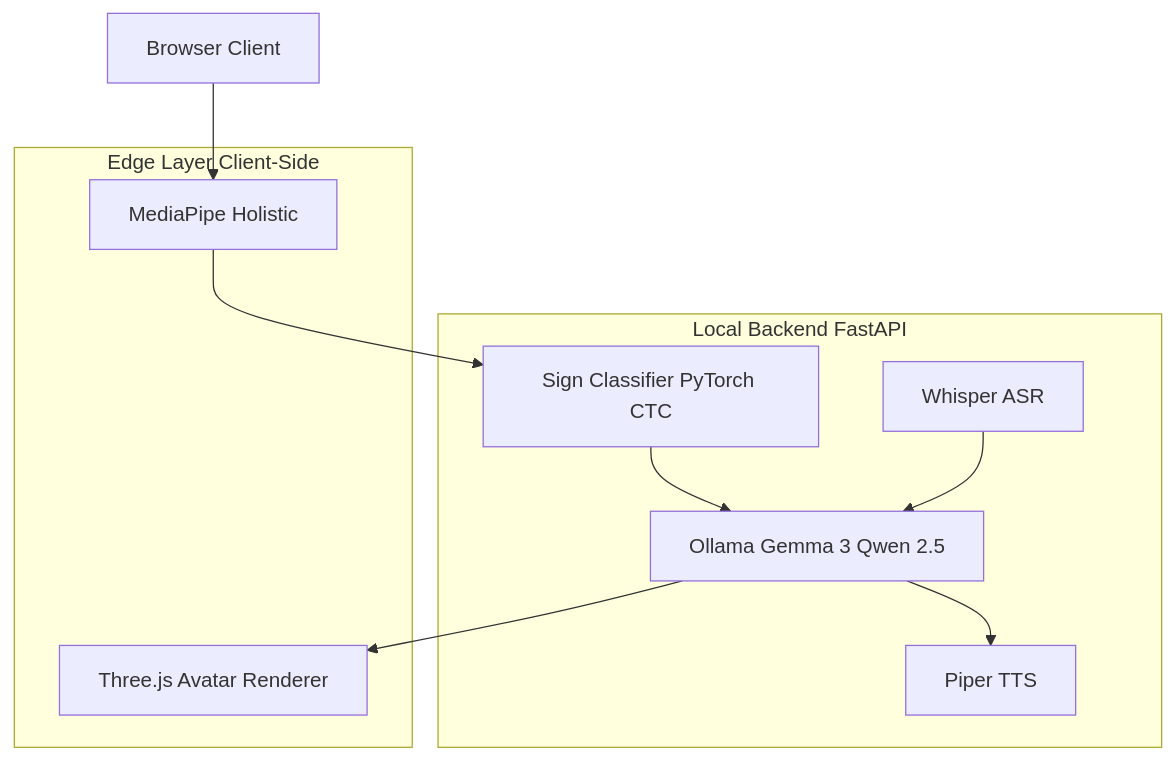
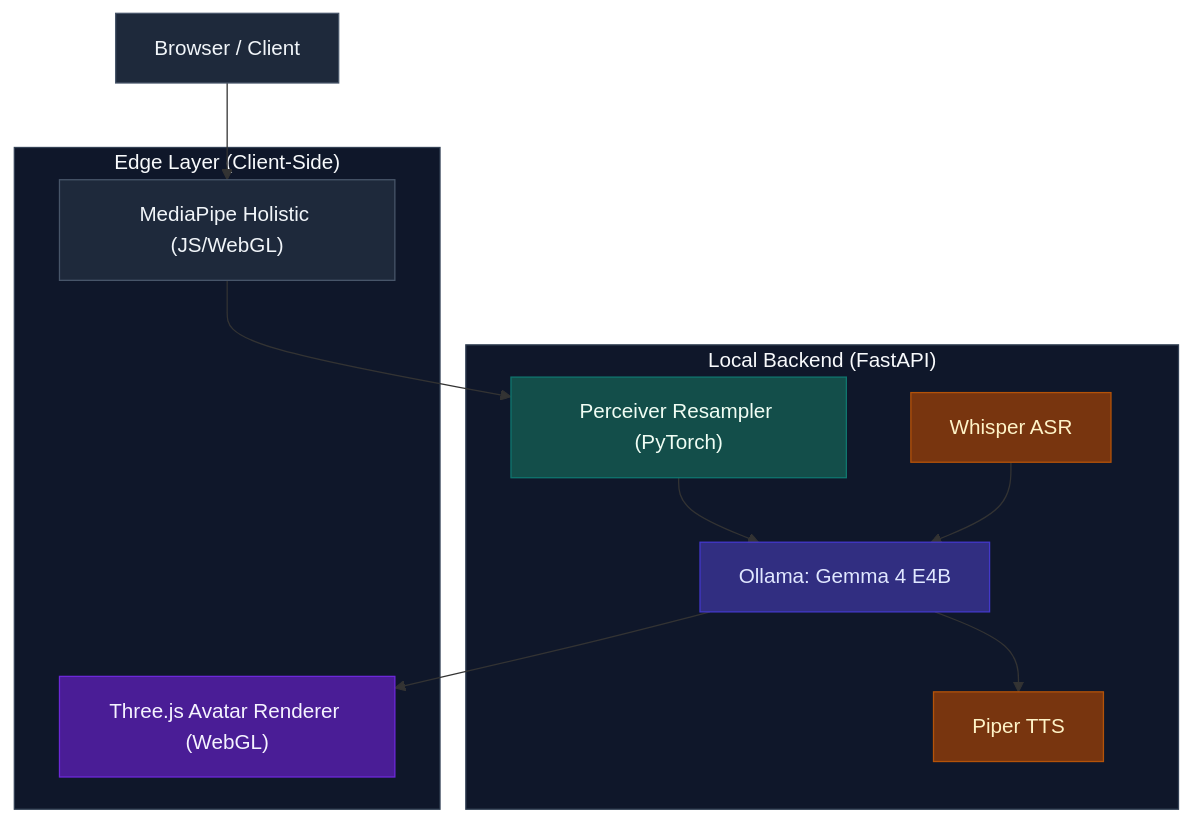
Before and after one commit to soyjuandata/LSC-SignLLM: the third of 3 diagrams in README.md, drawn with Mermaid. The commit also changed other lines of this file and 14 other files, not shown here.

````diff
--- a/README.md
+++ b/README.md
@@ -45,23 +60,33 @@
 ```mermaid
 flowchart TD
-    Browser[Browser Client]
+    Browser["Browser / Client"]
 
-    subgraph Edge[Edge Layer Client-Side]
-        MP[MediaPipe Holistic]
-        THR[Three.js Avatar Renderer]
+    subgraph EdgeLayer["Edge Layer (Client-Side)"]
+        MP["MediaPipe Holistic (JS/WebGL)"]
+        THR["Three.js Avatar Renderer (WebGL)"]
     end
 
-    subgraph Backend[Local Backend FastAPI]
-        CTC[Sign Classifier PyTorch CTC]
-        LLM[Ollama Gemma 3 Qwen 2.5]
-        ASR[Whisper ASR]
-        TTS[Piper TTS]
+    subgraph BackendLayer["Local Backend (FastAPI)"]
+        PERC["Perceiver Resampler (PyTorch)"]
+        LLM["Ollama: Gemma 4 E4B"]
+        ASR["Whisper ASR"]
+        TTS["Piper TTS"]
     end
 
     Browser --> MP
-    MP --> CTC
-    CTC --> LLM
+    MP --> PERC
+    PERC --> LLM
     LLM --> TTS
     LLM --> THR
     ASR --> LLM
+
+    style EdgeLayer fill:#0f172a,stroke:#334155,color:#f8fafc
+    style BackendLayer fill:#0f172a,stroke:#334155,color:#f8fafc
+    style Browser fill:#1e293b,stroke:#475569,color:#f1f5f9
+    style MP fill:#1e293b,stroke:#475569,color:#f1f5f9
+    style THR fill:#4a1d96,stroke:#6d28d9,color:#f5f3ff
+    style PERC fill:#134e4a,stroke:#0f766e,color:#f0fdf4
+    style LLM fill:#312e81,stroke:#4338ca,color:#e0e7ff
+    style ASR fill:#78350f,stroke:#b45309,color:#fef3c7
+    style TTS fill:#78350f,stroke:#b45309,color:#fef3c7
 ```
````
